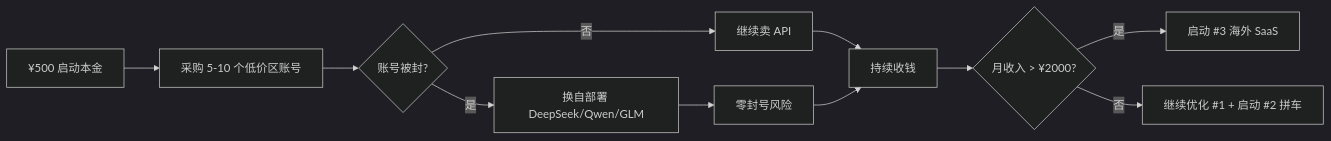
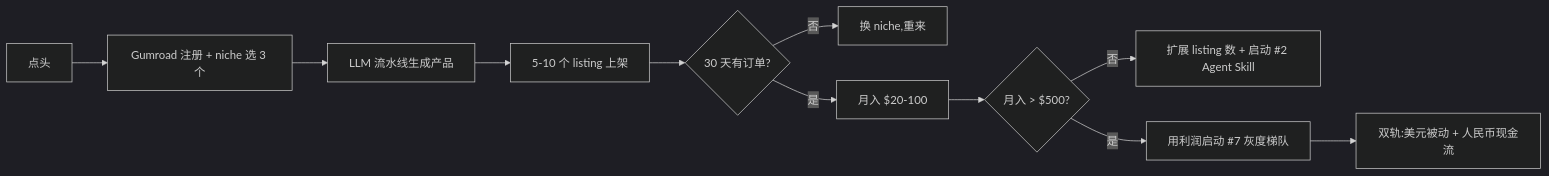
One commit to zsl99a/padme changed the diagram in docs/ACTION-PLAN.md. Above: the diagram before and after it, drawn with Mermaid (dark theme). The commit also changed other lines of this file and 2 other files, not shown here.

First line of the commit message:
修正:推 Gumroad 数字商品 8.4 为第一梯队

````diff
--- a/docs/ACTION-PLAN.md
+++ b/docs/ACTION-PLAN.md
@@ -118,13 +118,13 @@
 ```mermaid
 graph LR
-    A[¥500 启动本金] --> B[采购 5-10 个低价区账号]
-    B --> C{账号被封?}
-    C -->|是| D[换自部署 DeepSeek/Qwen/GLM]
-    C -->|否| E[继续卖 API]
-    D --> F[零封号风险]
-    E --> G[持续收钱]
-    F --> G
-    G --> H{月收入 > ¥2000?}
-    H -->|是| I[启动 #3 海外 SaaS]
-    H -->|否| J[继续优化 #1 + 启动 #2 拼车]
+    A[点头] --> B[Gumroad 注册 + niche 选 3 个]
+    B --> C[LLM 流水线生成产品]
+    C --> D[5-10 个 listing 上架]
+    D --> E{30 天有订单?}
+    E -->|否| F[换 niche,重来]
+    E -->|是| G[月入 $20-100]
+    G --> H{月入 > $500?}
+    H -->|否| I[扩展 listing 数 + 启动 #2 Agent Skill]
+    H -->|是| J[用利润启动 #7 灰度梯队]
+    J --> K[双轨:美元被动 + 人民币现金流]
 ```
````
